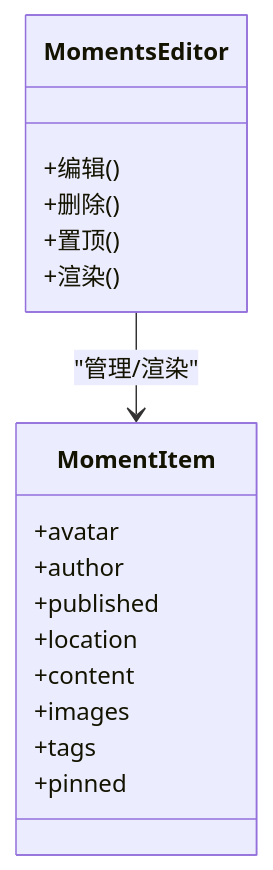
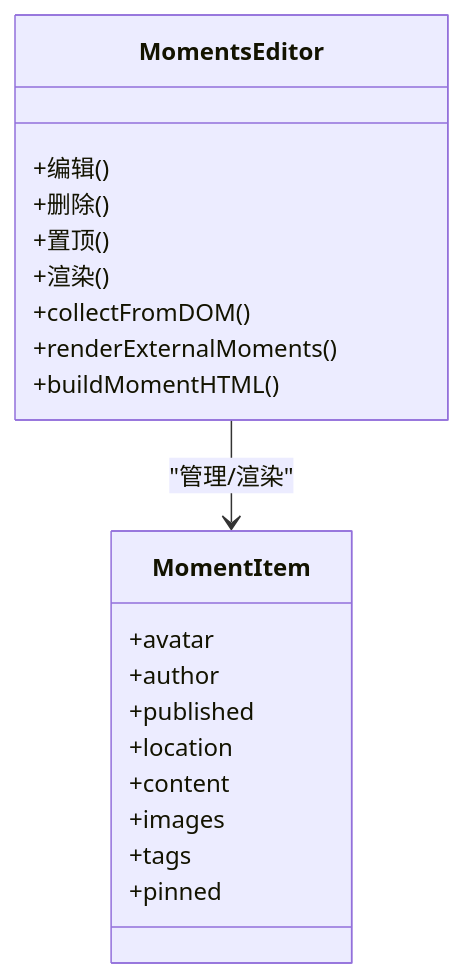
Before and after one commit to olx2990684400-sketch/olx-my-blog: the seventh of 8 diagrams in .qoder/repowiki/zh/content/组件系统/编辑组件.md, drawn with Mermaid. The commit also changed other lines of this file and 74 other files, not shown here.

````diff
--- a/.qoder/repowiki/zh/content/组件系统/编辑组件.md
+++ b/.qoder/repowiki/zh/content/组件系统/编辑组件.md
@@ -316,20 +333,23 @@
 ```mermaid
 classDiagram
 class MomentsEditor {
 +编辑()
 +删除()
 +置顶()
 +渲染()
++collectFromDOM()
++renderExternalMoments()
++buildMomentHTML()
 }
 class MomentItem {
 +avatar
 +author
 +published
 +location
 +content
 +images
 +tags
 +pinned
 }
 MomentsEditor --> MomentItem : "管理/渲染"
 ```
````
